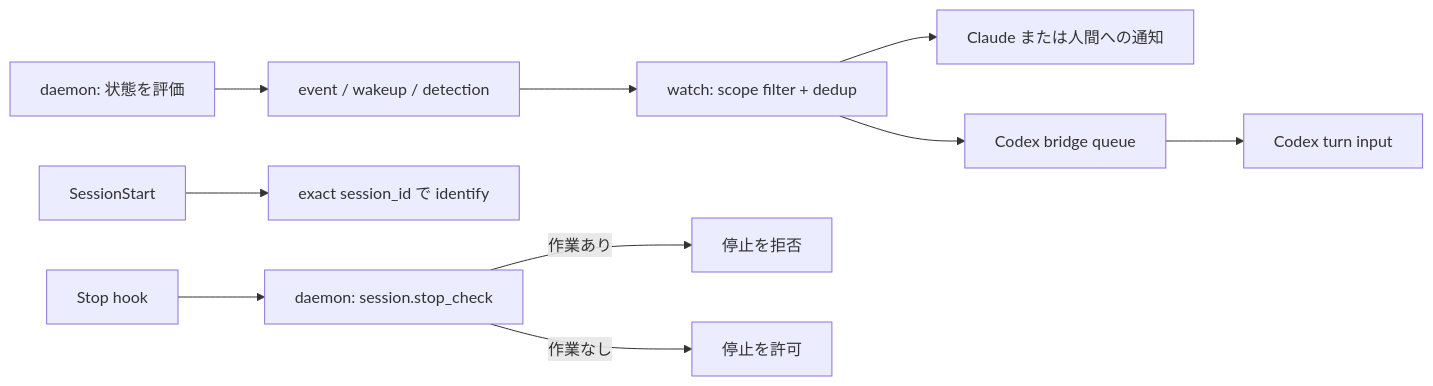
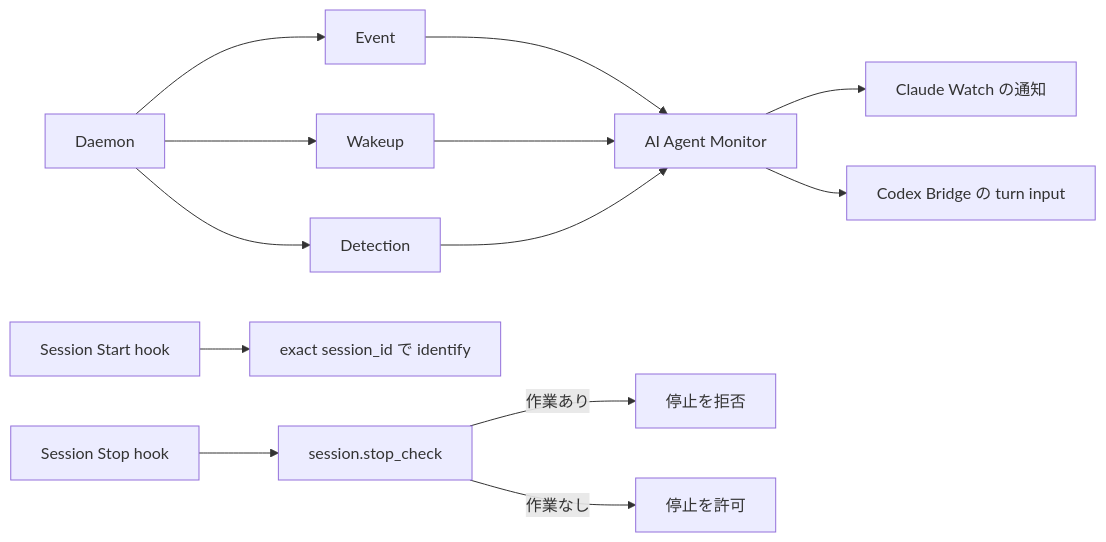
The first of 2 diagrams in doc/continuous-execution.md (michiomochi/atct), drawn with Mermaid before and after one commit. The commit also changed other lines of this file, not shown here.

Commit message:
docs: separate daemon notifications and agent lifecycle

````diff
--- a/doc/continuous-execution.md
+++ b/doc/continuous-execution.md
@@ -15,13 +8,17 @@
 ```mermaid
 flowchart LR
-    D[daemon: 状態を評価] --> E[event / wakeup / detection]
-    E --> W[watch: scope filter + dedup]
-    W --> H[Claude または人間への通知]
-    W --> B[Codex bridge queue]
-    B --> C[Codex turn input]
+    D[Daemon] --> E[Event]
+    D --> W[Wakeup]
+    D --> X[Detection]
 
-    SS[SessionStart] --> I[exact session_id で identify]
-    CS[Stop hook] --> S[daemon: session.stop_check]
-    S -->|作業あり| K[停止を拒否]
-    S -->|作業なし| X[停止を許可]
+    E --> M[AI Agent Monitor]
+    W --> M
+    X --> M
+    M --> C[Claude Watch の通知]
+    M --> B[Codex Bridge の turn input]
+
+    SS[Session Start hook] --> I[exact session_id で identify]
+    ST[Session Stop hook] --> SC[session.stop_check]
+    SC -->|作業あり| K[停止を拒否]
+    SC -->|作業なし| A[停止を許可]
 ```
````
